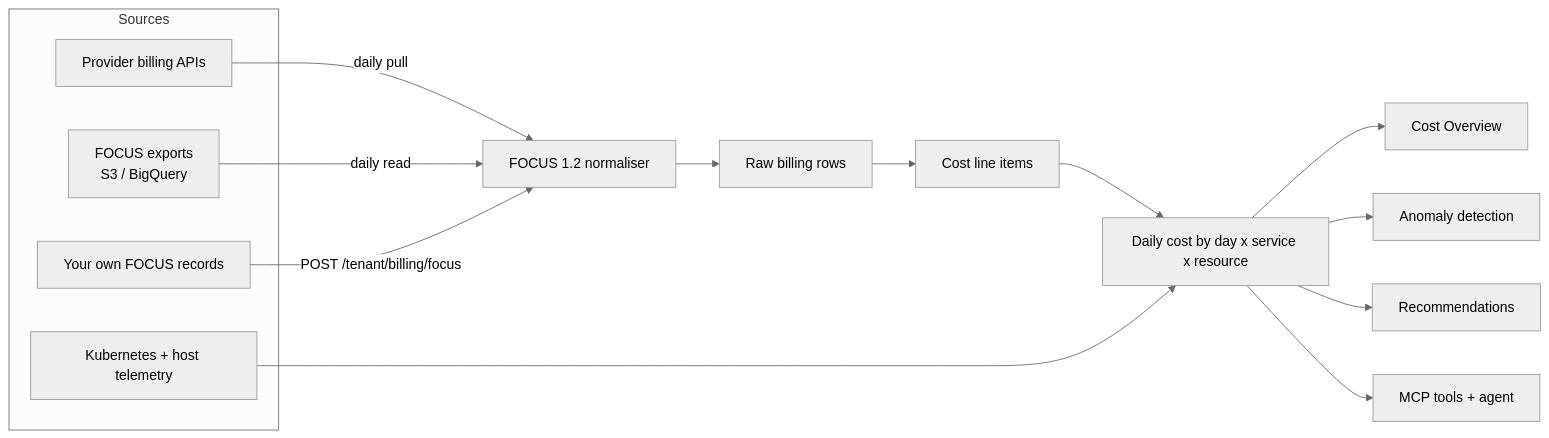
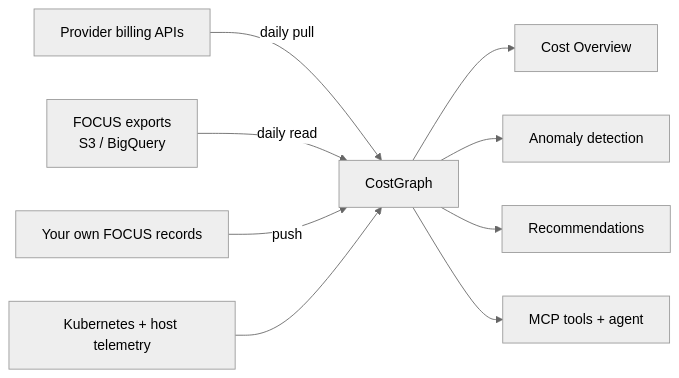
The diagram in costgraph/integrations/overview.mdx (baselinehq/mintlify-docs), drawn with Mermaid (neutral theme) before and after one commit. The commit also changed other lines of this file, not shown here.

Commit message:
docs: cut internal pipeline detail from the integrations page

````diff
--- a/costgraph/integrations/overview.mdx
+++ b/costgraph/integrations/overview.mdx
@@ -39,22 +39,17 @@
 ```mermaid
 flowchart LR
-  subgraph Sources
-    A[Provider billing APIs]
-    B[FOCUS exports<br/>S3 / BigQuery]
-    C[Your own FOCUS records]
-    D[Kubernetes + host telemetry]
-  end
+  A[Provider billing APIs]
+  B[FOCUS exports<br/>S3 / BigQuery]
+  C[Your own FOCUS records]
+  D[Kubernetes + host telemetry]
 
-  A -->|daily pull| N[FOCUS 1.2 normaliser]
-  B -->|daily read| N
-  C -->|POST /tenant/billing/focus| N
-  N --> R[Raw billing rows]
-  R --> L[Cost line items]
-  L --> G[Daily cost by day x service x resource]
+  A -->|daily pull| G[CostGraph]
+  B -->|daily read| G
+  C -->|push| G
   D --> G
 
   G --> O[Cost Overview]
   G --> AN[Anomaly detection]
   G --> RE[Recommendations]
   G --> MCP[MCP tools + agent]
 ```
````
